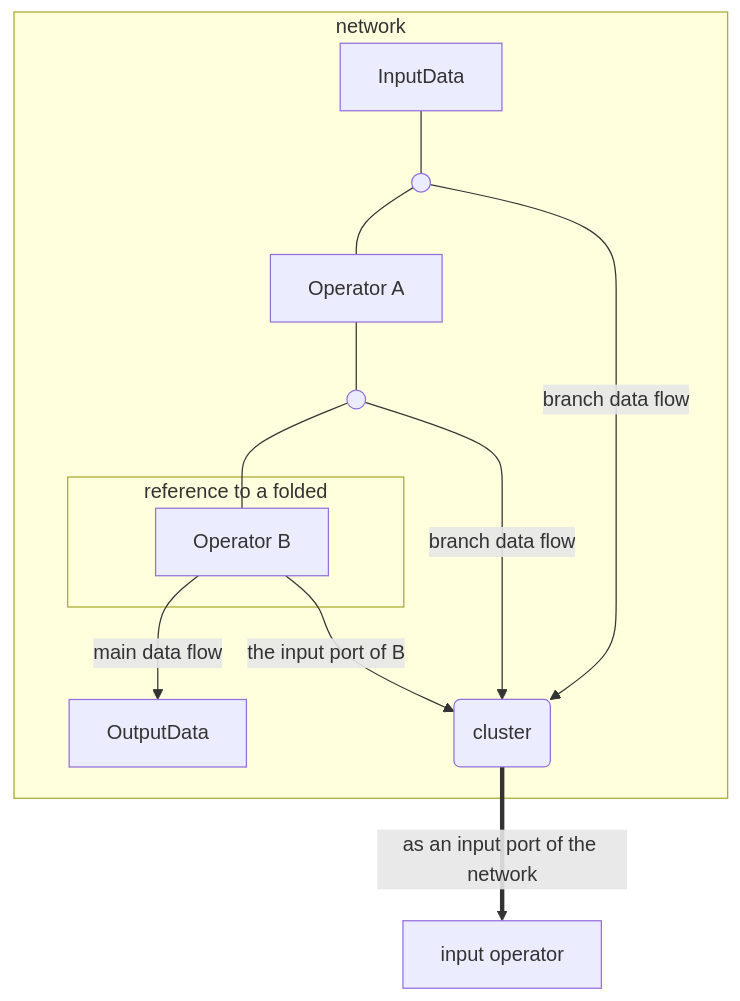
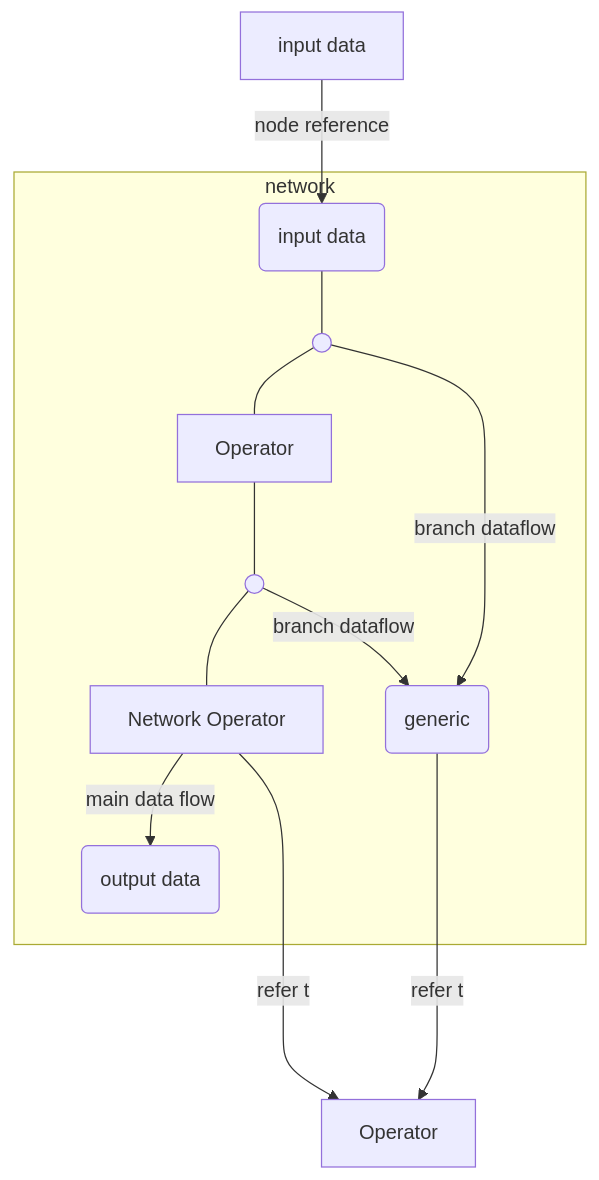
One commit to windwhiterain/Elf changed diagram 14 of 16 in readme.md. Above: the diagram before and after it, drawn with Mermaid. The commit also changed other lines of this file and 2 other files, not shown here.

````diff
--- a/readme.md
+++ b/readme.md
@@ -284,18 +420,18 @@
 ```mermaid
 graph TB
-    op1[input operator]
+    inp[input data]
+    op1[Operator]
     subgraph g1[network]
-        in[InputData]
-        out[OutputData]
+        in(input data)
+        out(output data)
         o1(( ))
-        op2[Operator A]
+        op2[Operator]
         o2(( ))
-        subgraph g2[reference to a folded]
-            op3[Operator B]
-        end
+        op3[Network Operator]
         in--- o1--- op2--- o2--- op3--main data flow-->out
-        o1 & o2--branch data flow-->o3(cluster)
-        op3--the input port of B-->o3
+        o1 & o2--branch dataflow-->o3(generic)  
     end
-    o3==as an input port of the network==>op1
+    inp--node reference-->in
+    op3--refer to--->op1
+    o3--refer to-->op1
 ```
````
